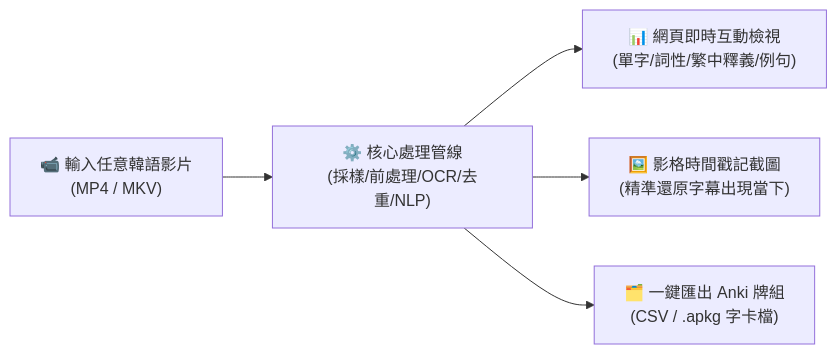
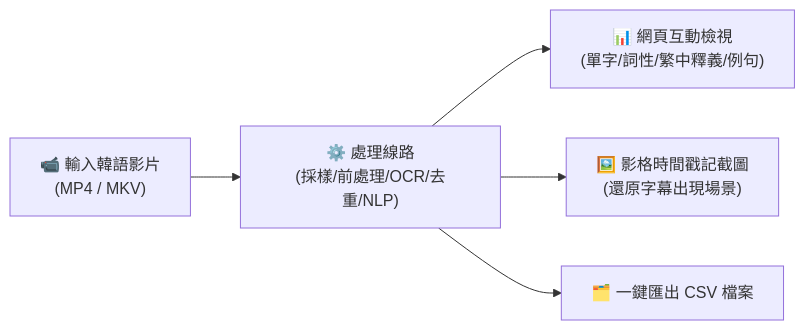
Before and after one commit to Senrinel/Graduation-Project: the first of 5 diagrams in README.md, drawn with Mermaid. The commit also changed other lines of this file and 11 other files, not shown here.

````diff
--- a/README.md
+++ b/README.md
@@ -28,7 +30,7 @@
 ```mermaid
 flowchart LR
-    V["📹 輸入任意韓語影片<br/>(MP4 / MKV)"] --> P["⚙️ 核心處理管線<br/>(採樣/前處理/OCR/去重/NLP)"]
-    P --> R1["📊 網頁即時互動檢視<br/>(單字/詞性/繁中釋義/例句)"]
-    P --> R2["🖼️ 影格時間戳記截圖<br/>(精準還原字幕出現當下)"]
-    P --> R3["🗂️ 一鍵匯出 Anki 牌組<br/>(CSV / .apkg 字卡檔)"]
+    V["📹 輸入韓語影片<br/>(MP4 / MKV)"] --> P["⚙️ 處理線路<br/>(採樣/前處理/OCR/去重/NLP)"]
+    P --> R1["📊 網頁互動檢視<br/>(單字/詞性/繁中釋義/例句)"]
+    P --> R2["🖼️ 影格時間戳記截圖<br/>(還原字幕出現場景)"]
+    P --> R3["🗂️ 一鍵匯出 CSV 檔案"]
 ```
````
